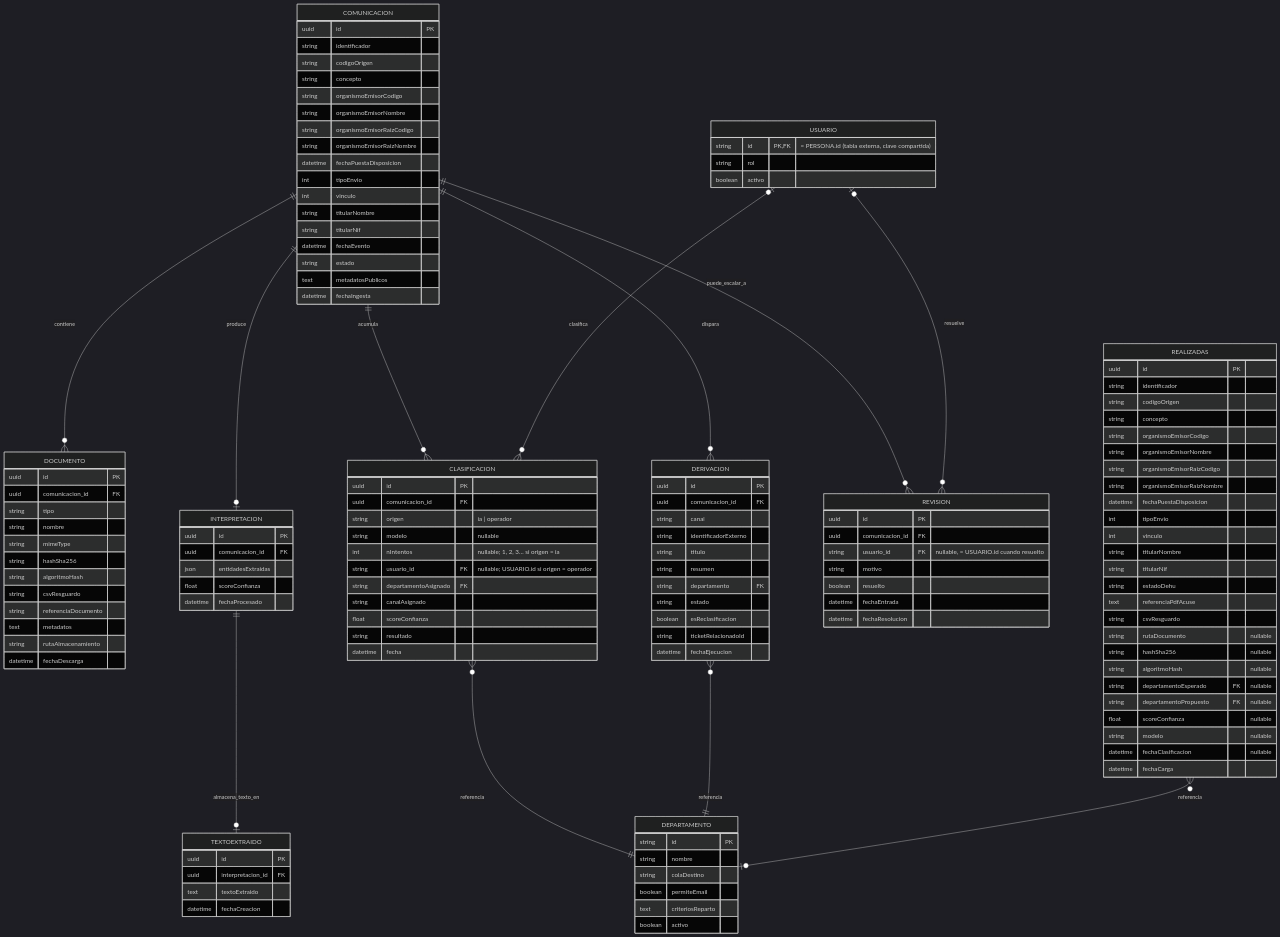
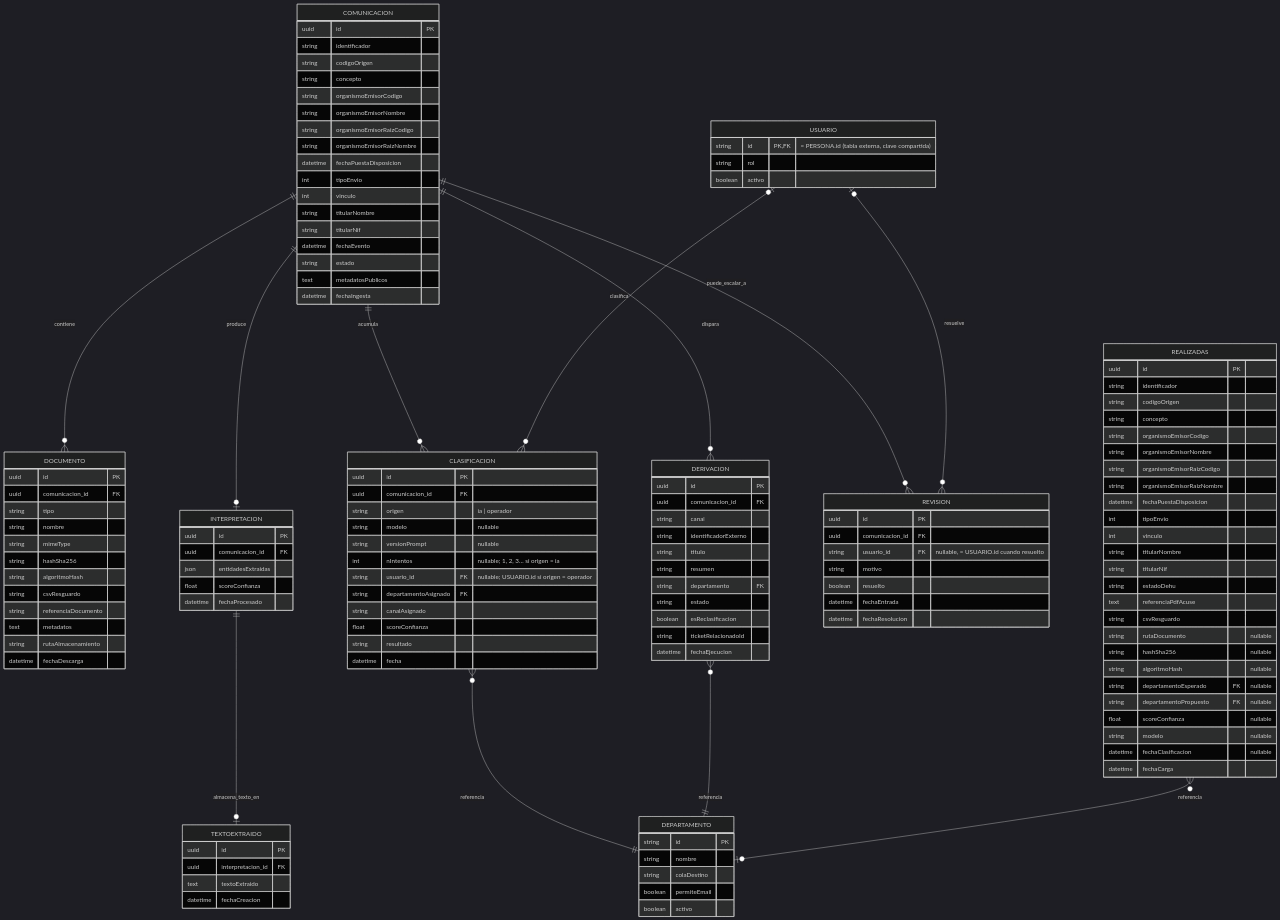
The diagram in Diagramas/ER_Explicacion.md (XIN917/TFM), drawn with Mermaid (dark theme) before and after one commit. The commit also changed other lines of this file and 9 other files, not shown here.

```diff
--- a/Diagramas/ER_Explicacion.md
+++ b/Diagramas/ER_Explicacion.md
@@ -68,6 +68,7 @@
     uuid comunicacion_id FK
     string origen "ia | operador"
     string modelo "nullable"
+    string versionPrompt "nullable"
     int nIntentos "nullable; 1, 2, 3… si origen = ia"
     string usuario_id FK "nullable; USUARIO.id si origen = operador"
     string departamentoAsignado FK
@@ -103,7 +104,6 @@
     string nombre
     string colaDestino
     boolean permiteEmail
-    text criteriosReparto
     boolean activo
   }
   USUARIO {
```
